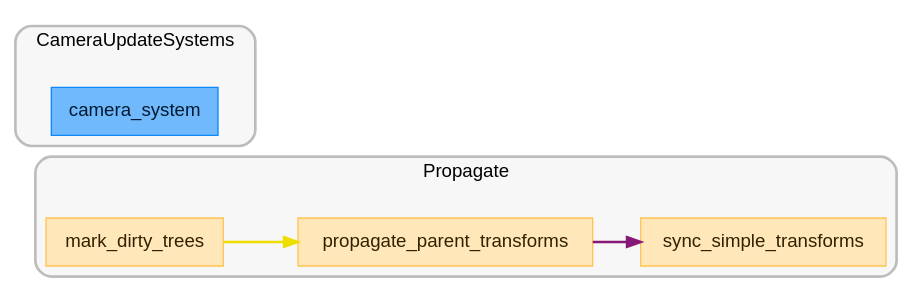
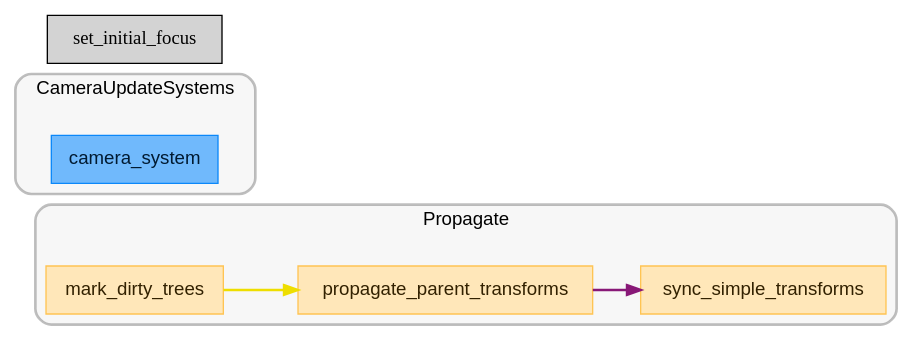
One commit to jakobhellermann/bevy_mod_debugdump changed the diagram in docs/schedule/light/schedule_PostStartup.dot. Above: the diagram before and after it, drawn with Graphviz. The commit also changed 95 other files, not shown here.

```diff
--- a/docs/schedule/light/schedule_PostStartup.dot
+++ b/docs/schedule/light/schedule_PostStartup.dot
@@ -1,38 +1,39 @@
 digraph "" {
 	"compound"="true";
 	"splines"="spline";
 	"rankdir"="LR";
 	"bgcolor"="white";
 	"fontname"="Helvetica";
 	"nodesep"="0.15";
 	edge ["penwidth"="2"];
 	node ["shape"="box", "style"="filled"];
 	subgraph "clusternode_Set(SystemSetKey(2v1))" {
 		"style"="rounded,filled";
 		"label"="Propagate";
 		"tooltip"="Propagate";
 		"fillcolor"="#00000008";
 		"fontcolor"="#000000";
 		"color"="#00000040";
 		"penwidth"="2";
 		"set_marker_node_Set(SystemSetKey(2v1))" ["style"="invis", "label"="", "shape"="point"]
 		"node_System(SystemKey(1v1))" ["label"="mark_dirty_trees", "tooltip"="bevy_transform::systems::mark_dirty_trees", "fillcolor"="#ffe7b9", "fontname"="Helvetica", "fontcolor"="#322100", "color"="#ffc453", "penwidth"="1"]
 		"node_System(SystemKey(2v1))" ["label"="propagate_parent_transforms", "tooltip"="bevy_transform::systems::parallel::propagate_parent_transforms", "fillcolor"="#ffe7b9", "fontname"="Helvetica", "fontcolor"="#322100", "color"="#ffc453", "penwidth"="1"]
 		"node_System(SystemKey(3v1))" ["label"="sync_simple_transforms", "tooltip"="bevy_transform::systems::sync_simple_transforms", "fillcolor"="#ffe7b9", "fontname"="Helvetica", "fontcolor"="#322100", "color"="#ffc453", "penwidth"="1"]
 	}
 	
-	subgraph "clusternode_Set(SystemSetKey(6v1))" {
+	subgraph "clusternode_Set(SystemSetKey(7v1))" {
 		"style"="rounded,filled";
 		"label"="CameraUpdateSystems";
 		"tooltip"="CameraUpdateSystems";
 		"fillcolor"="#00000008";
 		"fontcolor"="#000000";
 		"color"="#00000040";
 		"penwidth"="2";
-		"set_marker_node_Set(SystemSetKey(6v1))" ["style"="invis", "label"="", "shape"="point"]
-		"node_System(SystemKey(4v1))" ["label"="camera_system", "tooltip"="bevy_render::camera::camera_system", "fillcolor"="#70b9fc", "fontname"="Helvetica", "fontcolor"="#011a31", "color"="#0c88f9", "penwidth"="1"]
+		"set_marker_node_Set(SystemSetKey(7v1))" ["style"="invis", "label"="", "shape"="point"]
+		"node_System(SystemKey(5v1))" ["label"="camera_system", "tooltip"="bevy_render::camera::camera_system", "fillcolor"="#70b9fc", "fontname"="Helvetica", "fontcolor"="#011a31", "color"="#0c88f9", "penwidth"="1"]
 	}
 	
+	"node_System(SystemKey(4v1))" ["label"="set_initial_focus", "tooltip"="bevy_input_focus::set_initial_focus"]
 	"node_System(SystemKey(1v1))" -> "node_System(SystemKey(2v1))" ["lhead"="", "ltail"="", "tooltip"="mark_dirty_trees → propagate_parent_transforms", "color"="#eede00"]
 	"node_System(SystemKey(2v1))" -> "node_System(SystemKey(3v1))" ["lhead"="", "ltail"="", "tooltip"="propagate_parent_transforms → sync_simple_transforms", "color"="#881877"]
 }
```
